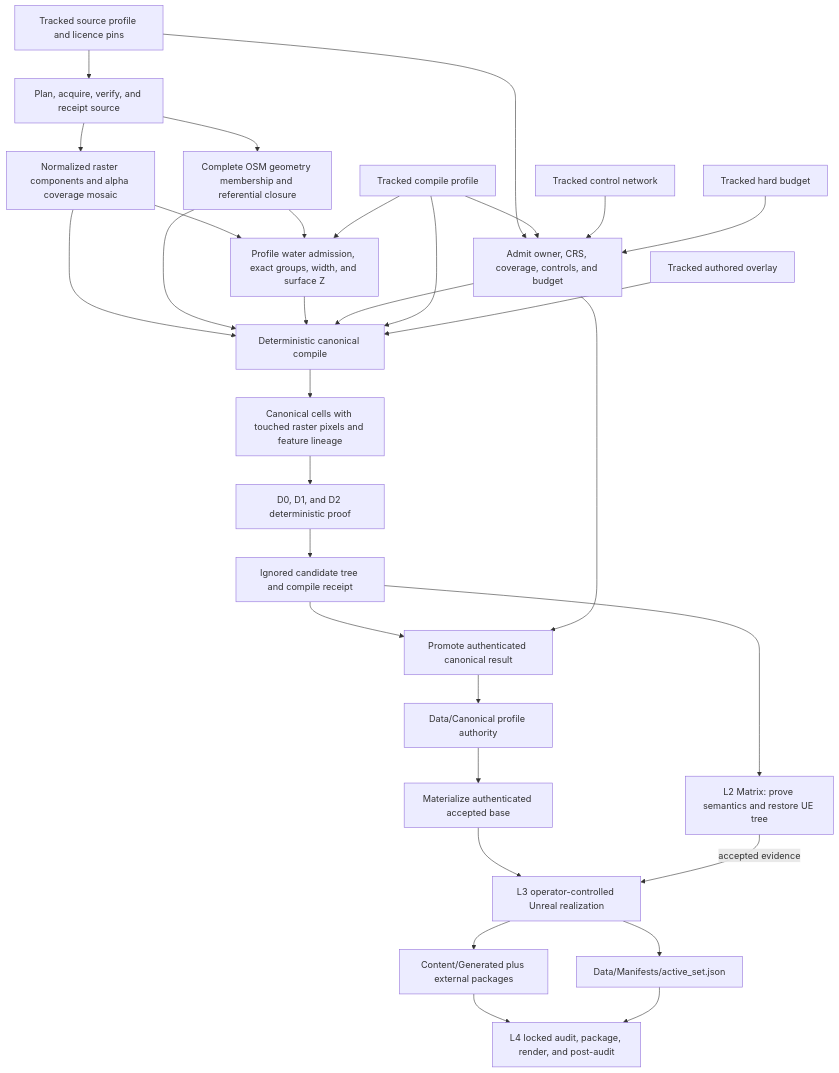
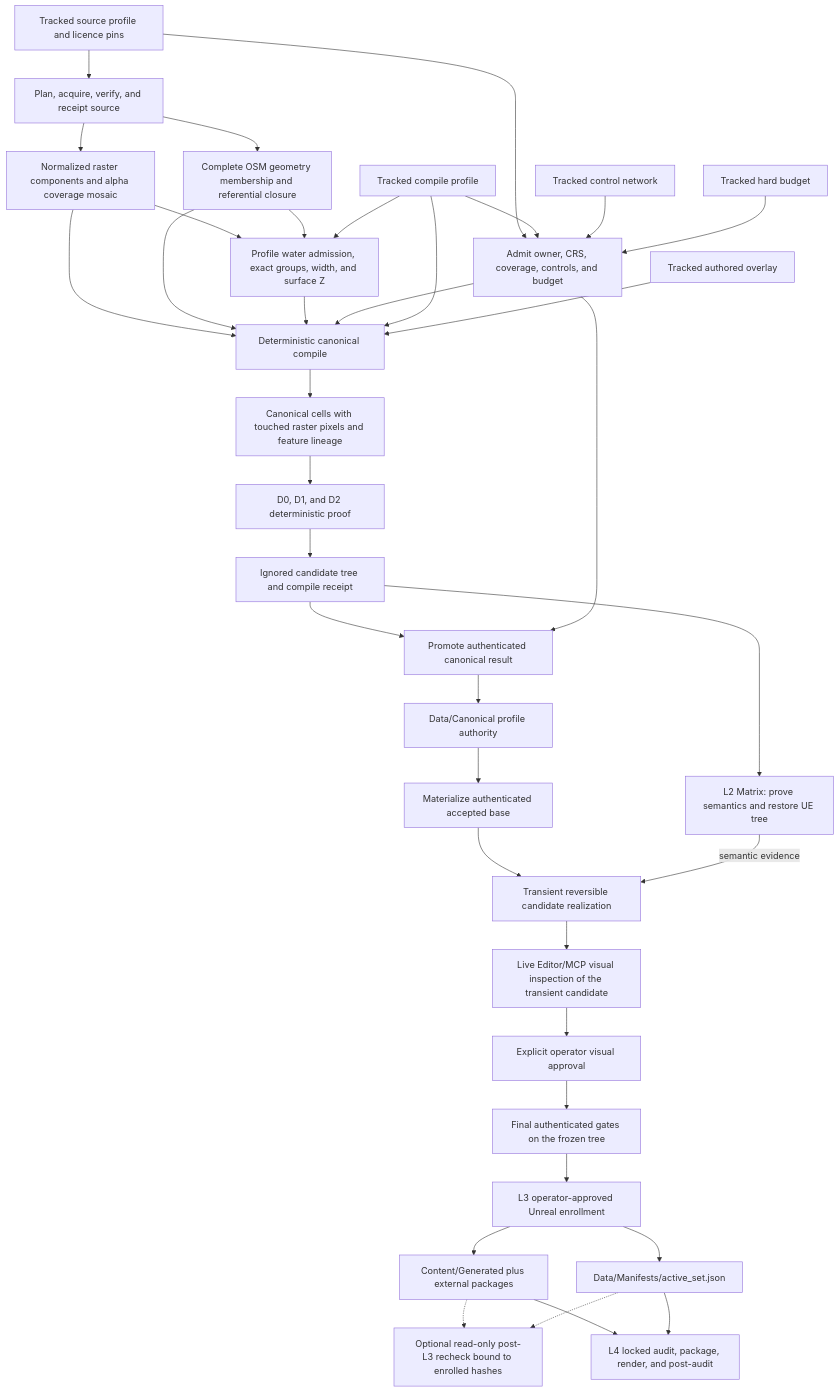
The third of 6 diagrams in Plugins/World/ProjectWorld/docs/architecture_overview.md (fallintodusk/alis), drawn with Mermaid before and after one commit. The commit also changed other lines of this file and 45 other files, not shown here.

````diff
--- a/Plugins/World/ProjectWorld/docs/architecture_overview.md
+++ b/Plugins/World/ProjectWorld/docs/architecture_overview.md
@@ -114,57 +114,68 @@
 ```mermaid
 flowchart TD
     SOURCE_PROFILE["Tracked source profile and licence pins"]
     COMPILE_PROFILE["Tracked compile profile"]
     CONTROL["Tracked control network"]
     BUDGET["Tracked hard budget"]
     OVERLAY["Tracked authored overlay"]
 
     PLAN["Plan, acquire, verify, and receipt source"]
     RASTER["Normalized raster components and alpha coverage mosaic"]
     OSM["Complete OSM geometry membership and referential closure"]
     ADMIT["Admit owner, CRS, coverage, controls, and budget"]
     WATER["Profile water admission, exact groups, width, and surface Z"]
     COMPILE["Deterministic canonical compile"]
     CELLS["Canonical cells with touched raster pixels and feature lineage"]
     PROOF["D0, D1, and D2 deterministic proof"]
     CANDIDATE["Ignored candidate tree and compile receipt"]
     MATRIX["L2 Matrix: prove semantics and restore UE tree"]
     PROMOTE["Promote authenticated canonical result"]
     BUNDLE["Data/Canonical profile authority"]
     MATERIALIZE["Materialize authenticated accepted base"]
-    L3["L3 operator-controlled Unreal realization"]
+    TRANSIENT["Transient reversible candidate realization"]
+    MCP["Live Editor/MCP visual inspection of the transient candidate"]
+    APPROVAL["Explicit operator visual approval"]
+    GATES["Final authenticated gates on the frozen tree"]
+    L3["L3 operator-approved Unreal enrollment"]
     UE_TREE["Content/Generated plus external packages"]
     ACTIVE["Data/Manifests/active_set.json"]
+    POST_MCP["Optional read-only post-L3 recheck bound to enrolled hashes"]
     L4["L4 locked audit, package, render, and post-audit"]
 
     SOURCE_PROFILE --> PLAN
     SOURCE_PROFILE --> ADMIT
     COMPILE_PROFILE --> ADMIT
     CONTROL --> ADMIT
     BUDGET --> ADMIT
     PLAN --> RASTER
     PLAN --> OSM
     RASTER --> COMPILE
     OSM --> COMPILE
     RASTER --> WATER
     OSM --> WATER
     COMPILE_PROFILE --> WATER
     WATER --> COMPILE
     ADMIT --> COMPILE
     COMPILE_PROFILE --> COMPILE
     OVERLAY --> COMPILE
     COMPILE --> CELLS
     CELLS --> PROOF
     PROOF --> CANDIDATE
     CANDIDATE --> MATRIX
     CANDIDATE --> PROMOTE
     ADMIT --> PROMOTE
     PROMOTE --> BUNDLE
     BUNDLE --> MATERIALIZE
-    MATERIALIZE --> L3
-    MATRIX -->|accepted evidence| L3
+    MATERIALIZE --> TRANSIENT
+    MATRIX -->|semantic evidence| TRANSIENT
+    TRANSIENT --> MCP
+    MCP --> APPROVAL
+    APPROVAL --> GATES
+    GATES --> L3
     L3 --> UE_TREE
     L3 --> ACTIVE
+    UE_TREE -.-> POST_MCP
+    ACTIVE -.-> POST_MCP
     UE_TREE --> L4
     ACTIVE --> L4
 ```
````
